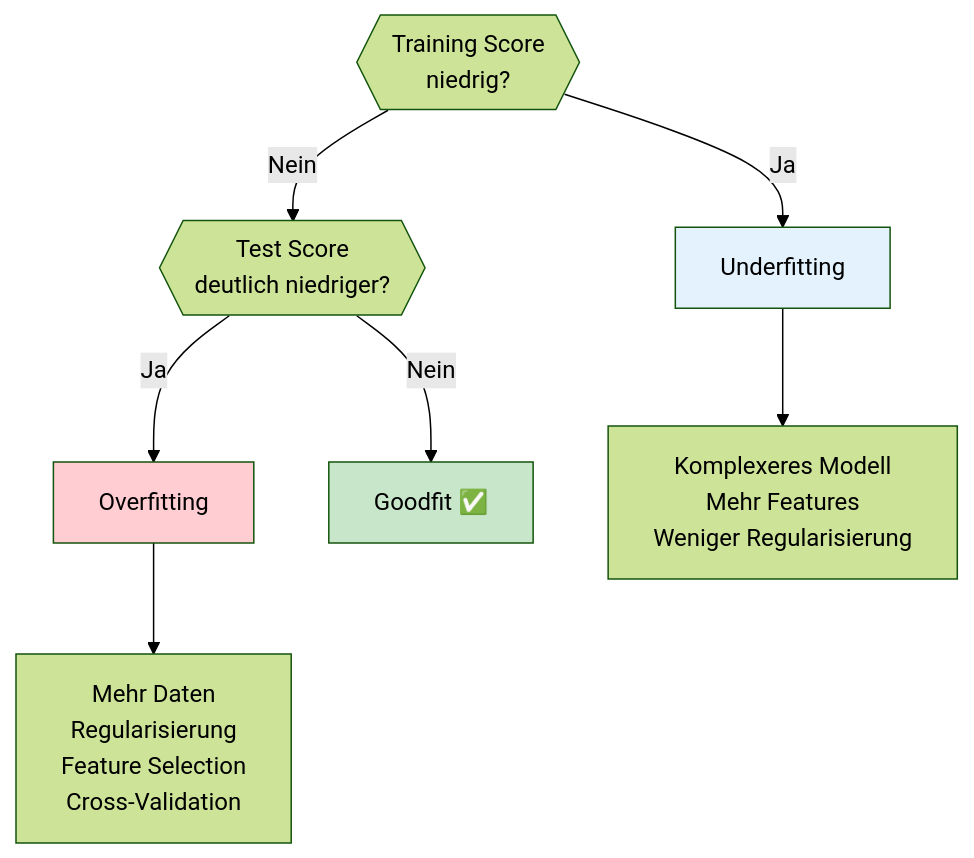
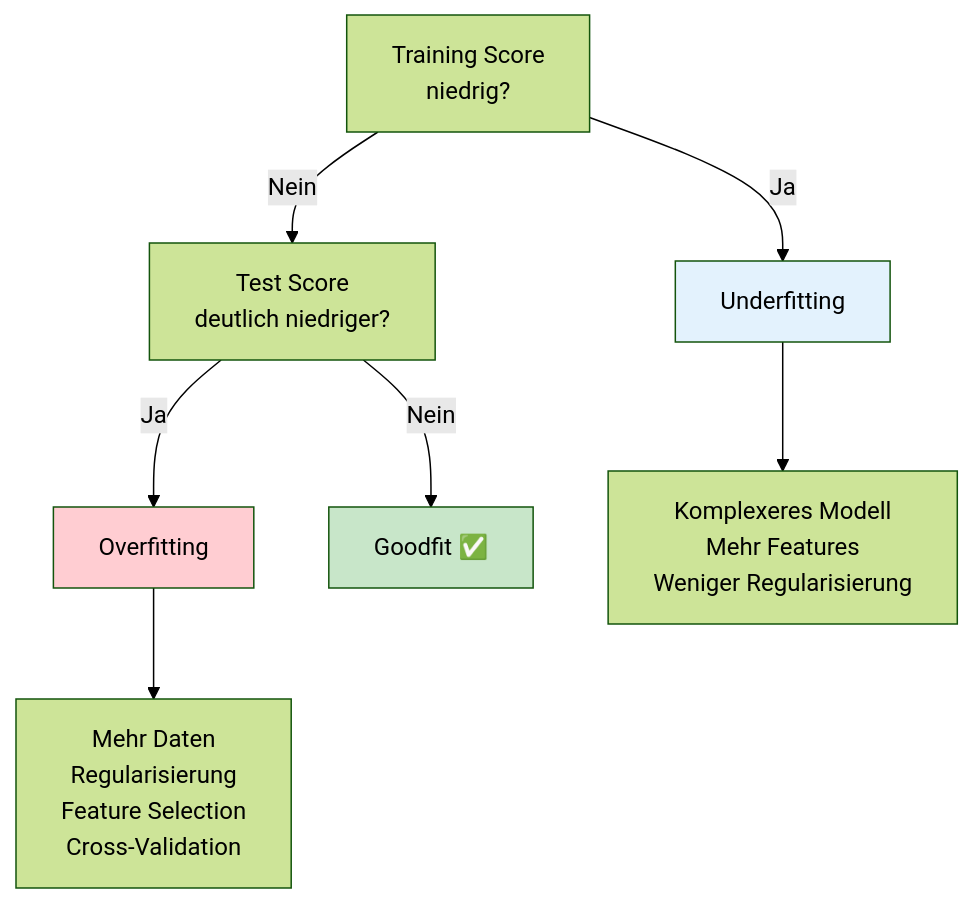
Before and after one commit to ralf-42/ML_Intro: the seventh of 7 diagrams in docs/concepts/evaluate/overfitting.md, drawn with Mermaid (forest theme). The commit also changed 6 other files, not shown here.

````diff
--- a/docs/concepts/evaluate/overfitting.md
+++ b/docs/concepts/evaluate/overfitting.md
@@ -636,16 +636,16 @@
 ```mermaid
 flowchart TB
-    Q1{{"Training Score<br/>niedrig?"}}
+    Q1["Training Score<br/>niedrig?"]
     Q1 --> |"Ja"| UF["Underfitting"]
-    Q1 --> |"Nein"| Q2{{"Test Score<br/>deutlich niedriger?"}}
+    Q1 --> |"Nein"| Q2["Test Score<br/>deutlich niedriger?"]
 
     Q2 --> |"Ja"| OF["Overfitting"]
     Q2 --> |"Nein"| GF["Goodfit ✅"]
 
     UF --> S1["Komplexeres Modell<br/>Mehr Features<br/>Weniger Regularisierung"]
     OF --> S2["Mehr Daten<br/>Regularisierung<br/>Feature Selection<br/>Cross-Validation"]
 
     style UF fill:#e3f2fd
     style OF fill:#ffcdd2
     style GF fill:#c8e6c9
 ```
````
